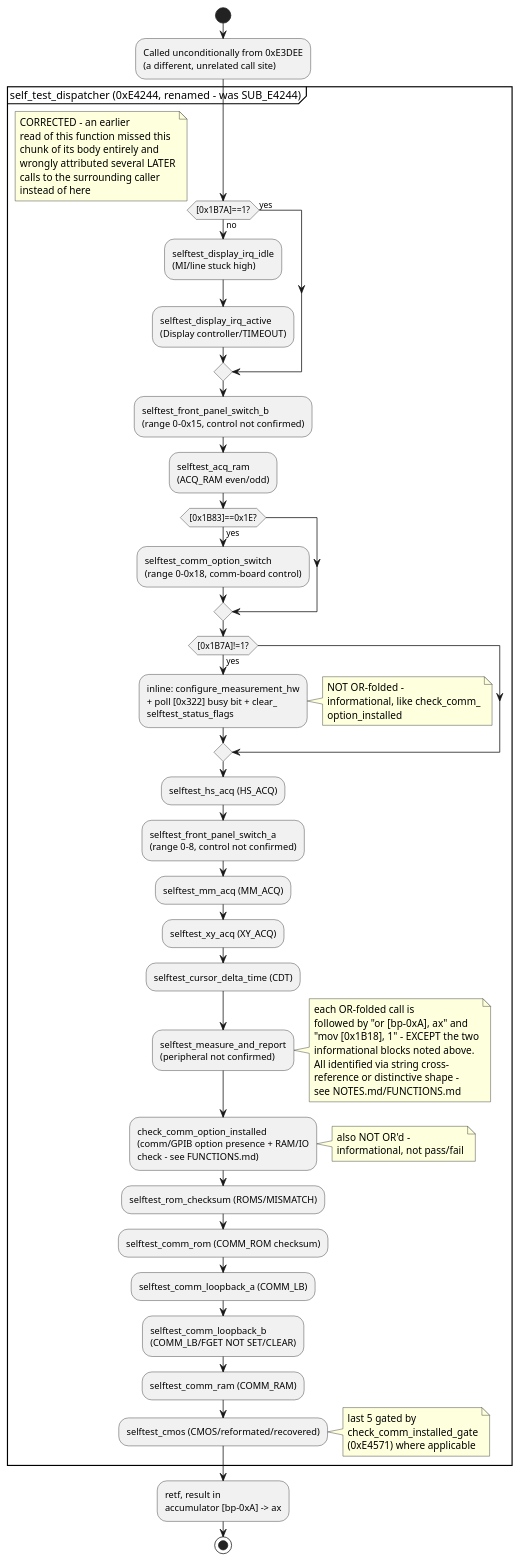
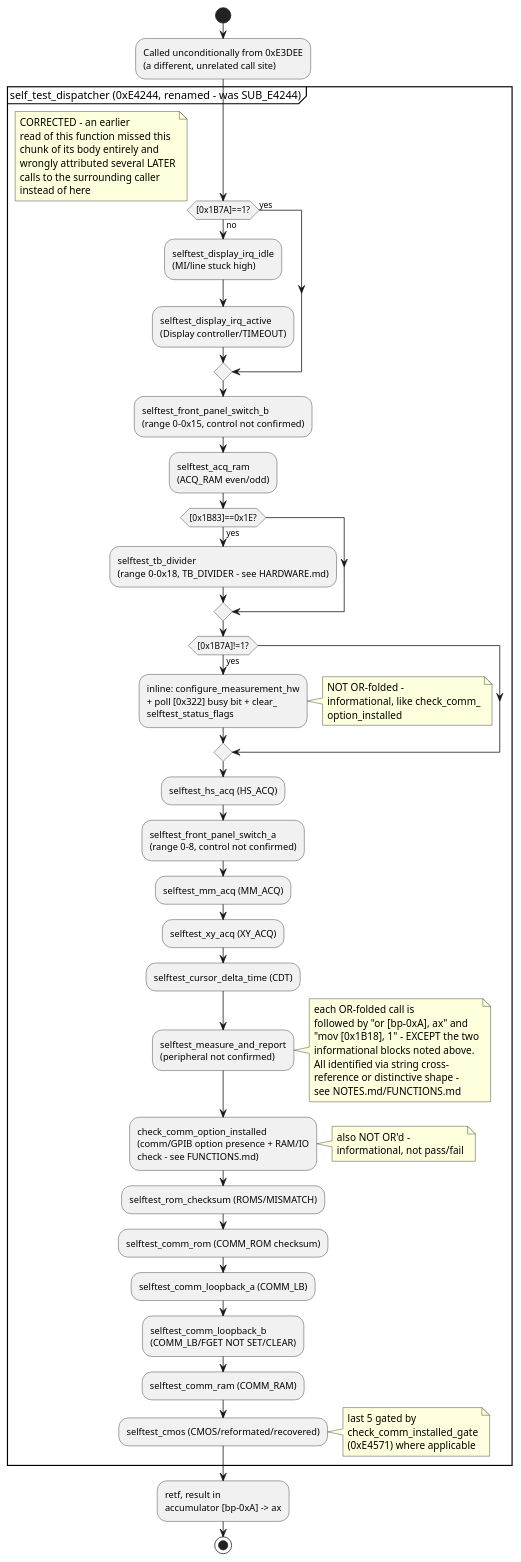
One commit to Mwwhited-BookLearning/tektronix-2230 changed the fourth of 5 diagrams in JUMP_MAP.md. Above: the diagram before and after it, drawn with PlantUML. The commit also changed 10 other files, not shown here.

First line of the commit message:
Correct selftest_comm_option_switch to selftest_tb_divider

````diff
--- a/JUMP_MAP.md
+++ b/JUMP_MAP.md
@@ -107,48 +107,48 @@
 ```plantuml
 @startuml
 start
 :Called unconditionally from 0xE3DEE\n(a different, unrelated call site);
 
 partition "self_test_dispatcher (0xE4244, renamed - was SUB_E4244)" {
   if ([0x1B7A]==1?) then (yes)
   else (no)
     :selftest_display_irq_idle\n(MI/line stuck high);
     :selftest_display_irq_active\n(Display controller/TIMEOUT);
   endif
   note right: CORRECTED - an earlier\nread of this function missed this\nchunk of its body entirely and\nwrongly attributed several LATER\ncalls to the surrounding caller\ninstead of here
 
   :selftest_front_panel_switch_b\n(range 0-0x15, control not confirmed);
   :selftest_acq_ram\n(ACQ_RAM even/odd);
 
   if ([0x1B83]==0x1E?) then (yes)
-    :selftest_comm_option_switch\n(range 0-0x18, comm-board control);
+    :selftest_tb_divider\n(range 0-0x18, TB_DIVIDER - see HARDWARE.md);
   endif
 
   if ([0x1B7A]!=1?) then (yes)
     :inline: configure_measurement_hw\n+ poll [0x322] busy bit + clear_\nselftest_status_flags;
     note right: NOT OR-folded -\ninformational, like check_comm_\noption_installed
   endif
 
   :selftest_hs_acq (HS_ACQ);
   :selftest_front_panel_switch_a\n(range 0-8, control not confirmed);
   :selftest_mm_acq (MM_ACQ);
   :selftest_xy_acq (XY_ACQ);
   :selftest_cursor_delta_time (CDT);
   :selftest_measure_and_report\n(peripheral not confirmed);
   note right: each OR-folded call is\nfollowed by "or [bp-0xA], ax" and\n"mov [0x1B18], 1" - EXCEPT the two\ninformational blocks noted above.\nAll identified via string cross-\nreference or distinctive shape -\nsee NOTES.md/FUNCTIONS.md
 
   :check_comm_option_installed\n(comm/GPIB option presence + RAM/IO\ncheck - see FUNCTIONS.md);
   note right: also NOT OR'd -\ninformational, not pass/fail
 
   :selftest_rom_checksum (ROMS/MISMATCH);
   :selftest_comm_rom (COMM_ROM checksum);
   :selftest_comm_loopback_a (COMM_LB);
   :selftest_comm_loopback_b\n(COMM_LB/FGET NOT SET/CLEAR);
   :selftest_comm_ram (COMM_RAM);
   :selftest_cmos (CMOS/reformated/recovered);
   note right: last 5 gated by\ncheck_comm_installed_gate\n(0xE4571) where applicable
 }
 :retf, result in\naccumulator [bp-0xA] -> ax;
 stop
 @enduml
 ```
````
